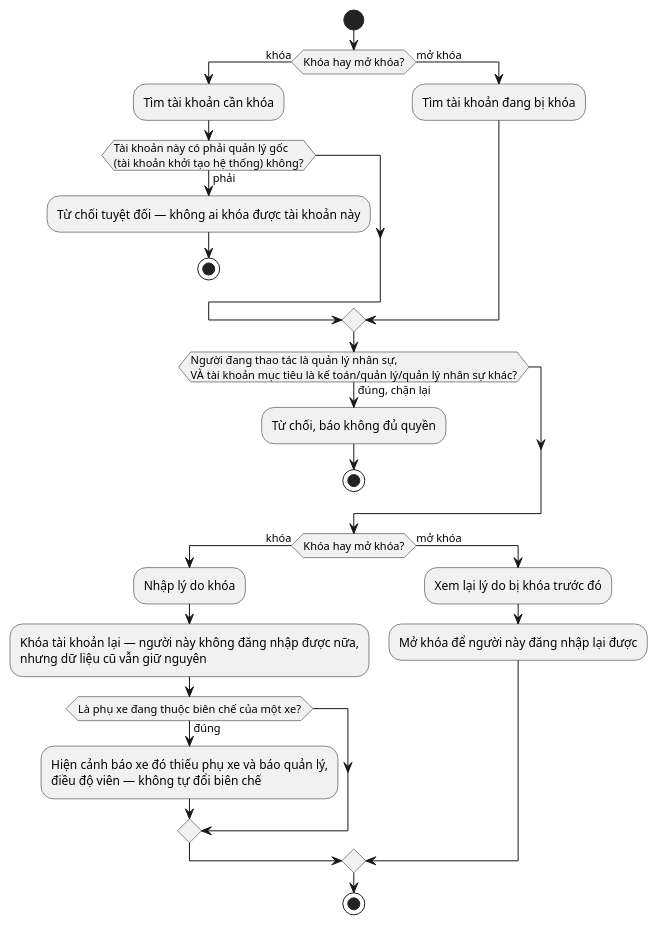
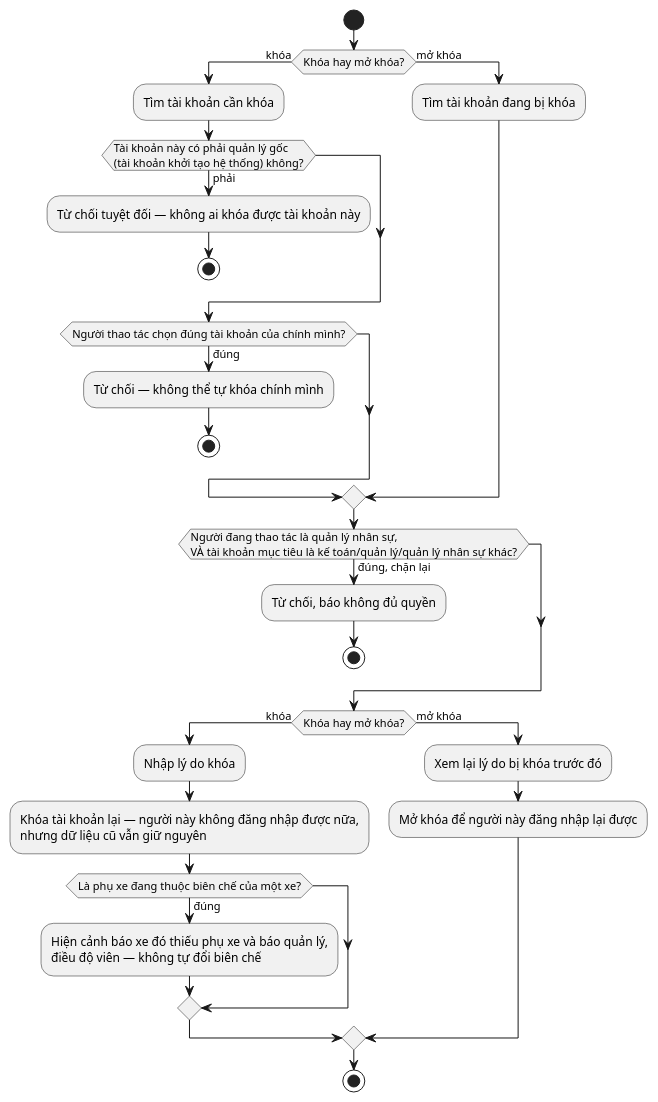
Diagram 46 of 52 in UML_DIAGRAMS.md (nguyenvietanhit19/Project1_HeThongQuanLyNhaXeKhachLienTinh), drawn with PlantUML before and after one commit. The commit also changed other lines of this file and 18 other files, not shown here.

````diff
--- a/UML_DIAGRAMS.md
+++ b/UML_DIAGRAMS.md
@@ -1278,29 +1278,33 @@
 ```plantuml
 @startuml AD_UC37_KhoaMoKhoa
 start
 if (Khóa hay mở khóa?) then (khóa)
   :Tìm tài khoản cần khóa;
   if (Tài khoản này có phải quản lý gốc\n(tài khoản khởi tạo hệ thống) không?) then (phải)
     :Từ chối tuyệt đối — không ai khóa được tài khoản này;
+    stop
+  endif
+  if (Người thao tác chọn đúng tài khoản của chính mình?) then (đúng)
+    :Từ chối — không thể tự khóa chính mình;
     stop
   endif
 else (mở khóa)
   :Tìm tài khoản đang bị khóa;
 endif
 if (Người đang thao tác là quản lý nhân sự,\nVÀ tài khoản mục tiêu là kế toán/quản lý/quản lý nhân sự khác?) then (đúng, chặn lại)
   :Từ chối, báo không đủ quyền;
   stop
 endif
 if (Khóa hay mở khóa?) then (khóa)
   :Nhập lý do khóa;
   :Khóa tài khoản lại — người này không đăng nhập được nữa,\nnhưng dữ liệu cũ vẫn giữ nguyên;
   if (Là phụ xe đang thuộc biên chế của một xe?) then (đúng)
     :Hiện cảnh báo xe đó thiếu phụ xe và báo quản lý,\nđiều độ viên — không tự đổi biên chế;
   endif
 else (mở khóa)
   :Xem lại lý do bị khóa trước đó;
   :Mở khóa để người này đăng nhập lại được;
 endif
 stop
 @enduml
 ```
````
